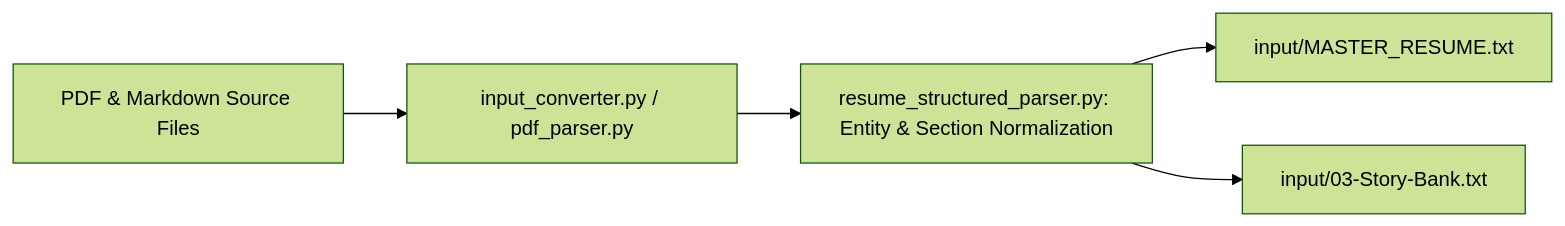
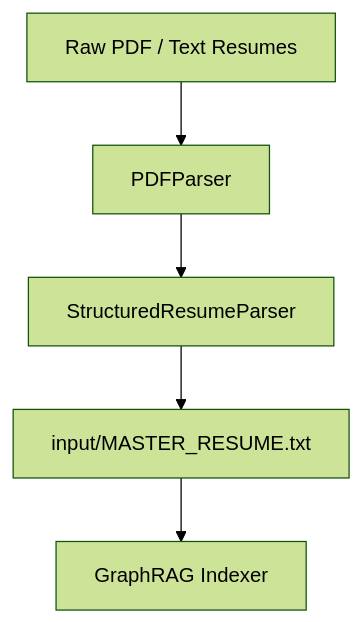
One commit to prasadrane/Prasad-Resumes-GraphRAG changed the diagram in docs/hierarchical/src/converters/README.md. Above: the diagram before and after it, drawn with Mermaid (forest theme). The commit also changed other lines of this file and 18 other files, not shown here.

````diff
--- a/docs/hierarchical/src/converters/README.md
+++ b/docs/hierarchical/src/converters/README.md
@@ -14,7 +28,7 @@
 ```mermaid
-graph LR
-    A[PDF & Markdown Source Files] --> B[input_converter.py / pdf_parser.py]
-    B --> C[resume_structured_parser.py: Entity & Section Normalization]
-    C --> D[input/MASTER_RESUME.txt]
-    C --> E[input/03-Story-Bank.txt]
+flowchart TD
+    RawPDF["Raw PDF / Text Resumes"] --> Parser[PDFParser]
+    Parser --> Structurer[StructuredResumeParser]
+    Structurer --> Master["input/MASTER_RESUME.txt"]
+    Master --> GraphRAG["GraphRAG Indexer"]
 ```
````
